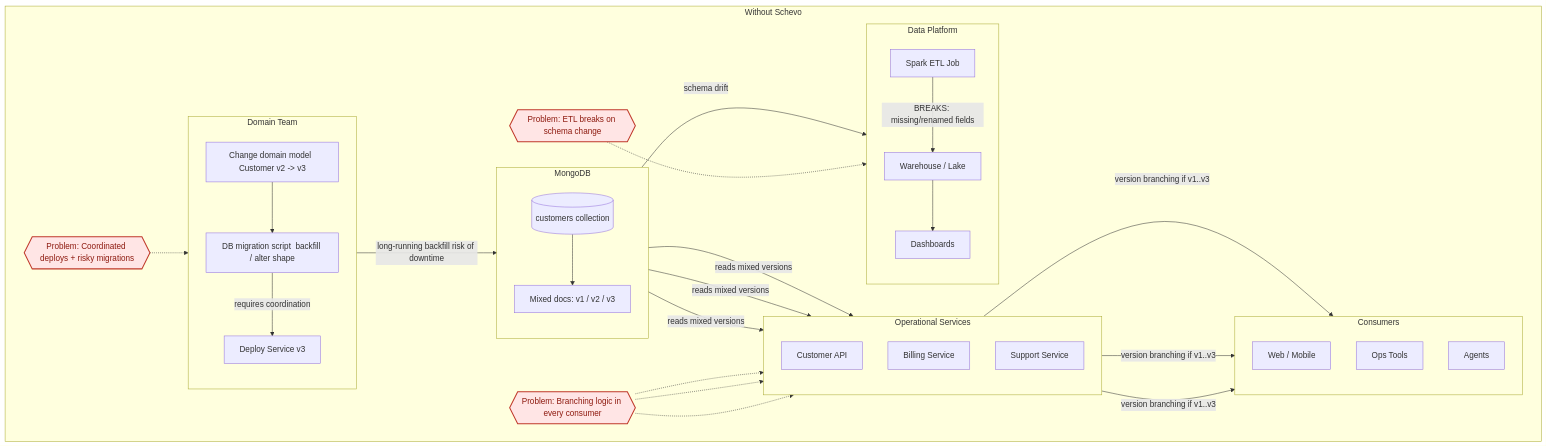
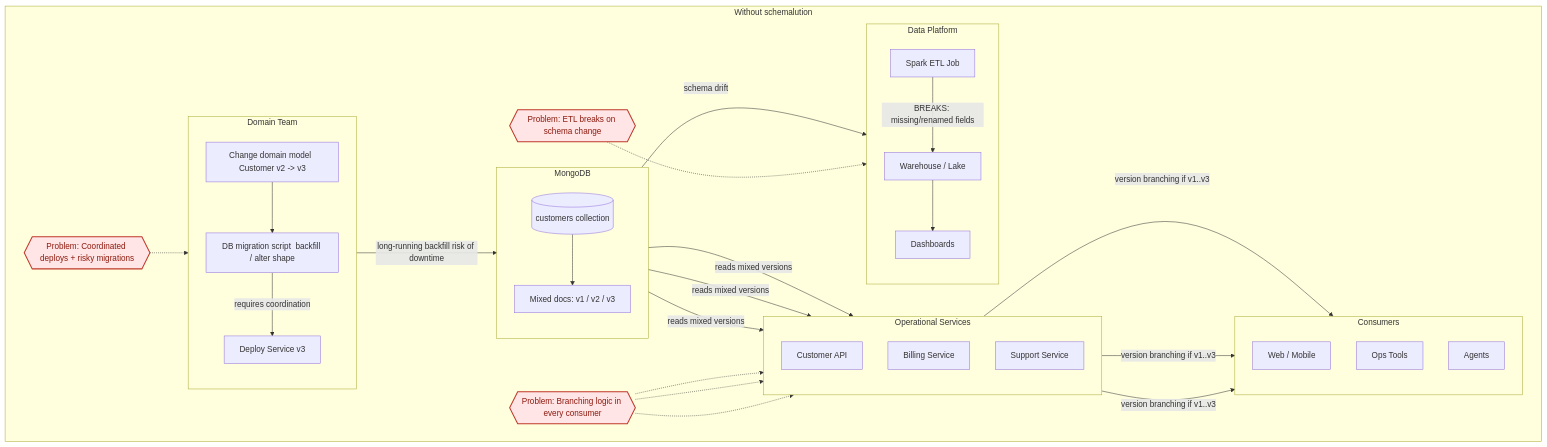
The first of 2 diagrams in README.md (cronologi/schemalution), drawn with Mermaid before and after one commit. The commit also changed other lines of this file and 74 other files, not shown here.

````diff
--- a/README.md
+++ b/README.md
@@ -99,77 +99,77 @@
 ```mermaid
 flowchart LR
   %% =========================
-  %% WITHOUT SCHEVO
+  %% WITHOUT schemalution
   %% =========================
 
-  subgraph W[Without Schevo]
+  subgraph W[Without schemalution]
     direction LR
 
     subgraph DomainTeam[Domain Team]
       direction TB
       D1[Change domain model  Customer v2 -> v3]
       D2[DB migration script  backfill / alter shape]
       D3[Deploy Service v3]
     end
 
     subgraph Storage[MongoDB]
       direction TB
       M1[(customers collection)]
       M2[Mixed docs:  v1 / v2 / v3]
     end
 
     subgraph Services[Operational Services]
       direction TB
       S1[Customer API]
       S2[Billing Service]
       S3[Support Service]
     end
 
     subgraph DataPlatform[Data Platform]
       direction TB
       P1[Spark ETL Job]
       P2[Warehouse / Lake]
       P3[Dashboards]
     end
 
     subgraph Consumers[Consumers]
       direction TB
       C1[Web / Mobile]
       C2[Ops Tools]
       C3[Agents]
     end
 
     D1 --> D2 -->|requires coordination| D3
 
     D2 -->|long-running backfill risk of downtime| M1
     M1 --> M2
 
     %% Services reading mixed data
     M2 -->|reads mixed versions| S1
     M2 -->|reads mixed versions| S2
     M2 -->|reads mixed versions| S3
 
     %% Each service handles versions ad-hoc
     S1 -->|version branching if v1..v3| C1
     S2 -->|version branching if v1..v3| C2
     S3 -->|version branching if v1..v3| C3
 
     %% ETL breaks when schema changes
     M2 -->|schema drift| P1
     P1 -->|BREAKS: missing/renamed fields| P2
     P2 --> P3
 
     %% Pain points
     X1{{Problem: Coordinated deploys + risky migrations}}
     X2{{Problem: Branching logic in every consumer}}
     X3{{Problem: ETL breaks on schema change}}
     X1 -.-> D2
     X2 -.-> S1
     X2 -.-> S2
     X2 -.-> S3
     X3 -.-> P1
 
     classDef issue fill:#ffe5e5,stroke:#c0392b,stroke-width:2px,color:#8e1b10;
     class X1,X2,X3 issue;
   end
 ```
````
